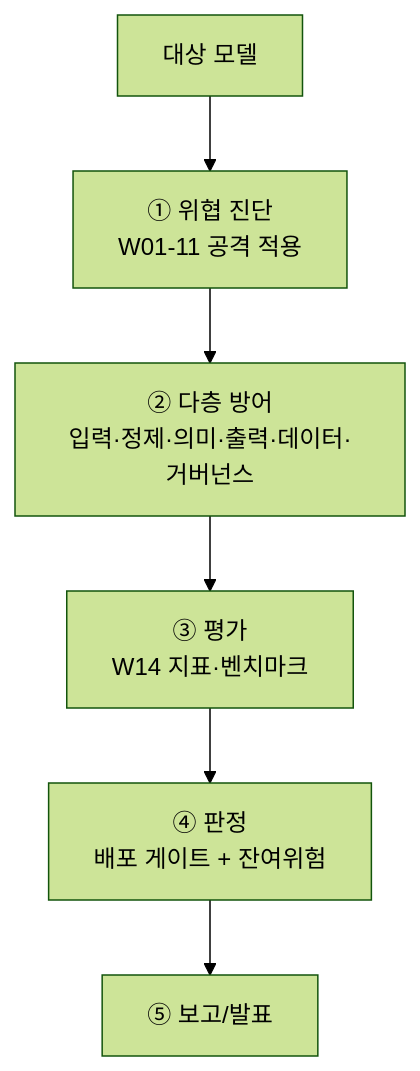
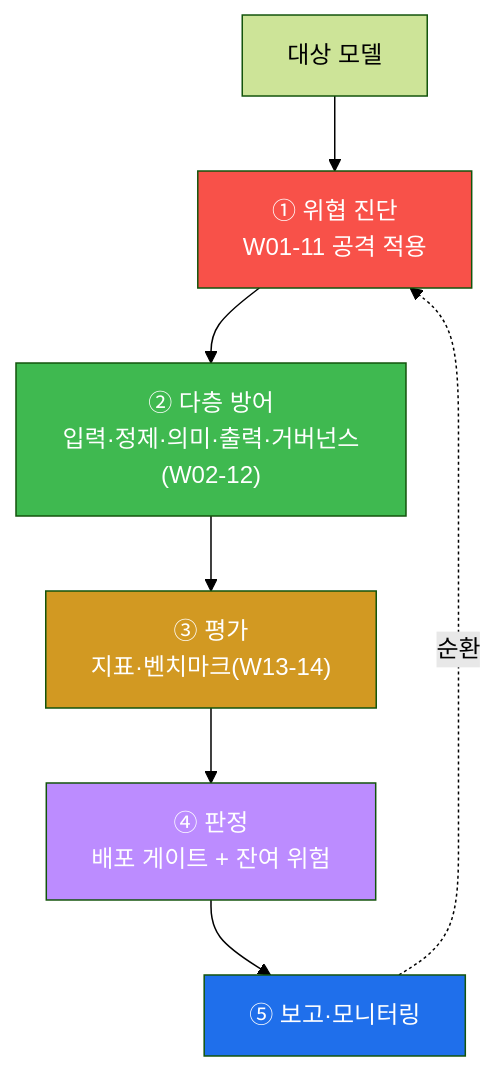
Before and after one commit to mrgrit/tw2: the first of 3 diagrams in contents/training/ai-safety/lecture_week15.md, drawn with Mermaid (forest theme). The commit also changed other lines of this file and 22 other files, not shown here.

````diff
--- a/contents/training/ai-safety/lecture_week15.md
+++ b/contents/training/ai-safety/lecture_week15.md
@@ -32,8 +55,14 @@
 ```mermaid
 graph TD
-  M["대상 모델"] --> A["① 위협 진단<br/>W01-11 공격 적용"]
-  A --> B["② 다층 방어<br/>입력·정제·의미·출력·데이터·거버넌스"]
-  B --> C["③ 평가<br/>W14 지표·벤치마크"]
-  C --> D["④ 판정<br/>배포 게이트 + 잔여위험"]
-  D --> E["⑤ 보고/발표"]
+    M["대상 모델"] --> A["① 위협 진단<br/>W01-11 공격 적용"]
+    A --> B["② 다층 방어<br/>입력·정제·의미·출력·거버넌스(W02-12)"]
+    B --> C["③ 평가<br/>지표·벤치마크(W13-14)"]
+    C --> D["④ 판정<br/>배포 게이트 + 잔여 위험"]
+    D --> E["⑤ 보고·모니터링"]
+    E -.순환.-> A
+    style A fill:#f85149,color:#fff
+    style B fill:#3fb950,color:#fff
+    style C fill:#d29922,color:#fff
+    style D fill:#bc8cff,color:#fff
+    style E fill:#1f6feb,color:#fff
 ```
````
